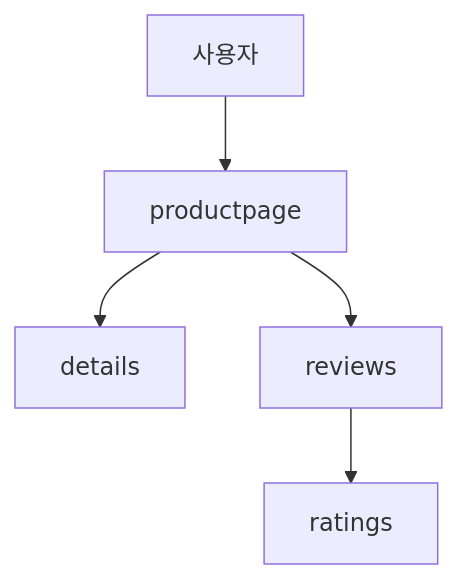
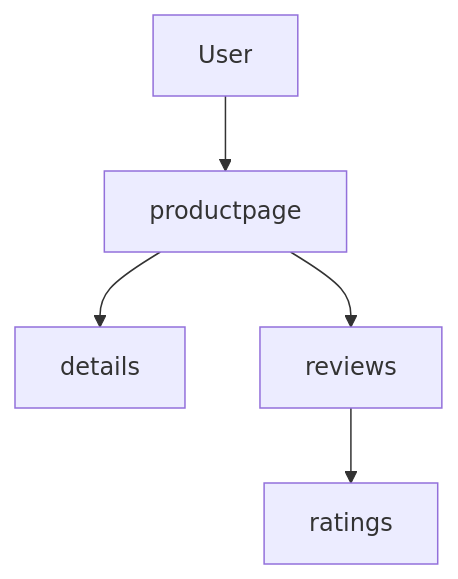
One commit to rlaehdwn0105/istio-study changed the ninth of 11 diagrams in posts/week1-istio-intro.md. Above: the diagram before and after it, drawn with Mermaid. The commit also changed other lines of this file and 1 other file, not shown here.

````diff
--- a/posts/week1-istio-intro.md
+++ b/posts/week1-istio-intro.md
@@ -298,7 +583,7 @@
 ```mermaid
 flowchart TD
-    User[사용자] --> Product[productpage]
+    User[User] --> Product[productpage]
     Product --> Details[details]
     Product --> Reviews[reviews]
     Reviews --> Ratings[ratings]
 ```
````
